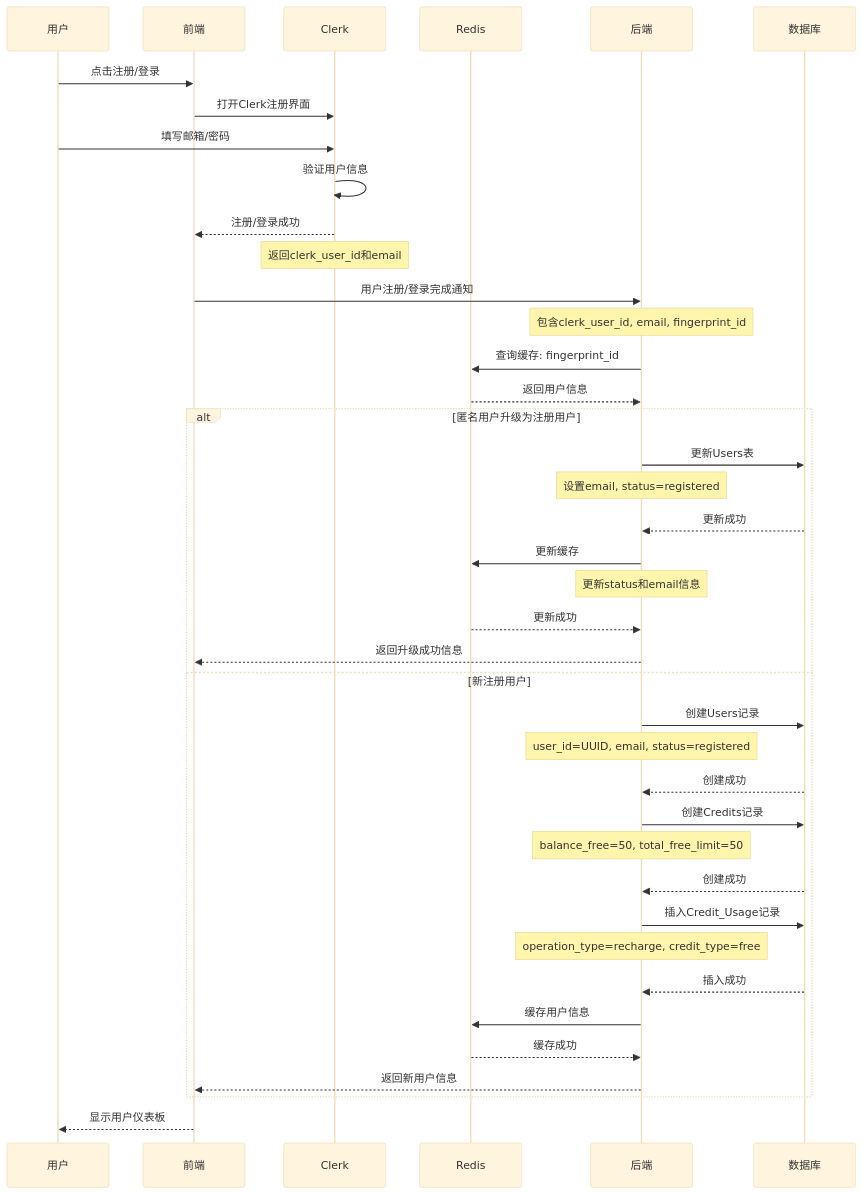
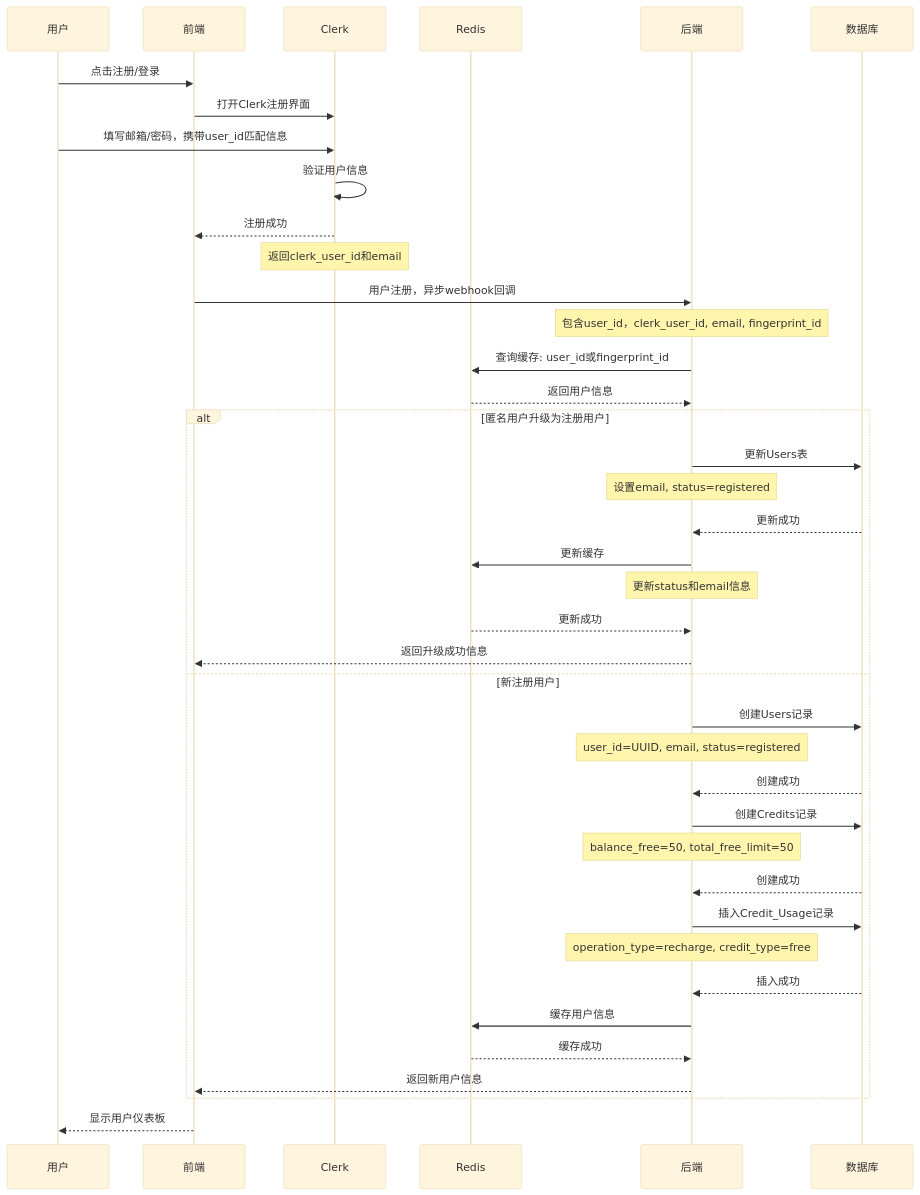
Diagram 17 of 24 in docs/paid-design-v1.0.md (caofanCPU/diaomao), drawn with Mermaid (base theme) before and after one commit. The commit also changed other lines of this file and 20 other files, not shown here.

````diff
--- a/docs/paid-design-v1.0.md
+++ b/docs/paid-design-v1.0.md
@@ -1405,53 +1410,53 @@
 ```mermaid
 sequenceDiagram
     participant U as 用户
     participant F as 前端
     participant C as Clerk
     participant R as Redis
     participant B as 后端
     participant DB as 数据库
 
     U->>F: 点击注册/登录
     F->>C: 打开Clerk注册界面
-    U->>C: 填写邮箱/密码
+    U->>C: 填写邮箱/密码，携带user_id匹配信息
     C->>C: 验证用户信息
-    C-->>F: 注册/登录成功
+    C-->>F: 注册成功
     Note over C: 返回clerk_user_id和email
     
-    F->>B: 用户注册/登录完成通知
-    Note over B: 包含clerk_user_id, email, fingerprint_id
+    F->>B: 用户注册，异步webhook回调
+    Note over B: 包含user_id，clerk_user_id, email, fingerprint_id
     
-    B->>R: 查询缓存: fingerprint_id
+    B->>R: 查询缓存: user_id或fingerprint_id
     R-->>B: 返回用户信息
     
     alt 匿名用户升级为注册用户
         B->>DB: 更新Users表
         Note over B: 设置email, status=registered
         DB-->>B: 更新成功
         
         B->>R: 更新缓存
         Note over B: 更新status和email信息
         R-->>B: 更新成功
         
         B-->>F: 返回升级成功信息
     else 新注册用户
         B->>DB: 创建Users记录
         Note over B: user_id=UUID, email, status=registered
         DB-->>B: 创建成功
         
         B->>DB: 创建Credits记录
         Note over B: balance_free=50, total_free_limit=50
         DB-->>B: 创建成功
         
         B->>DB: 插入Credit_Usage记录
         Note over B: operation_type=recharge, credit_type=free
         DB-->>B: 插入成功
         
         B->>R: 缓存用户信息
         R-->>B: 缓存成功
         
         B-->>F: 返回新用户信息
     end
     
     F-->>U: 显示用户仪表板
 ```
````
